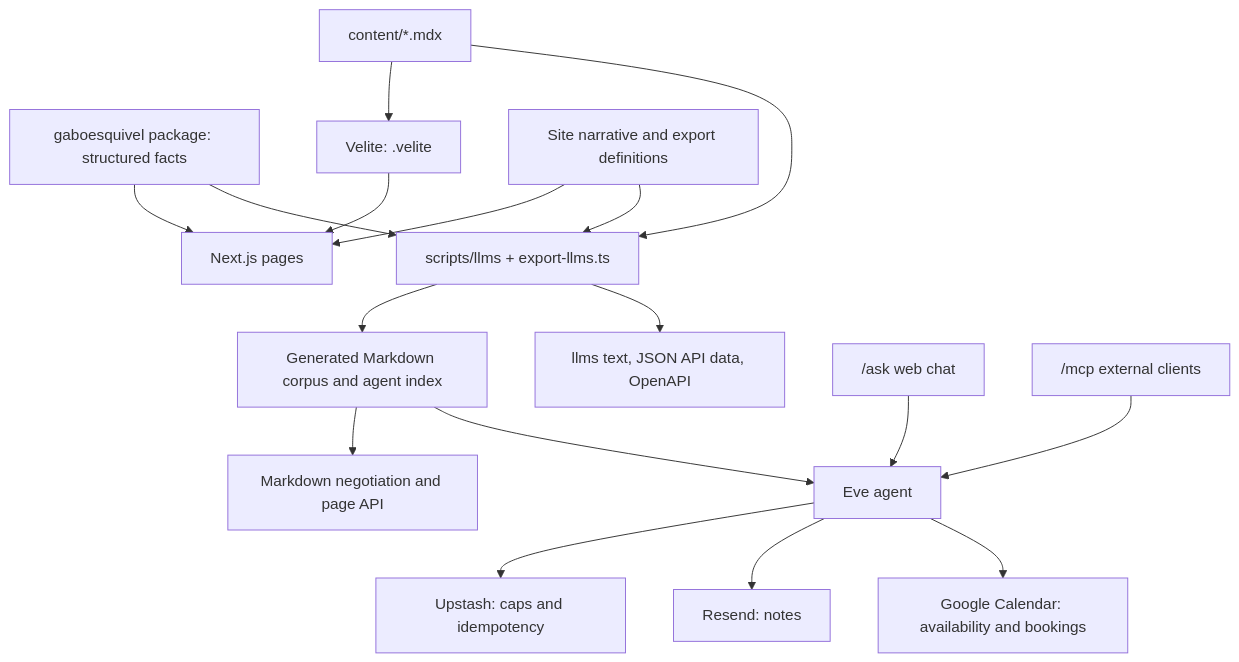
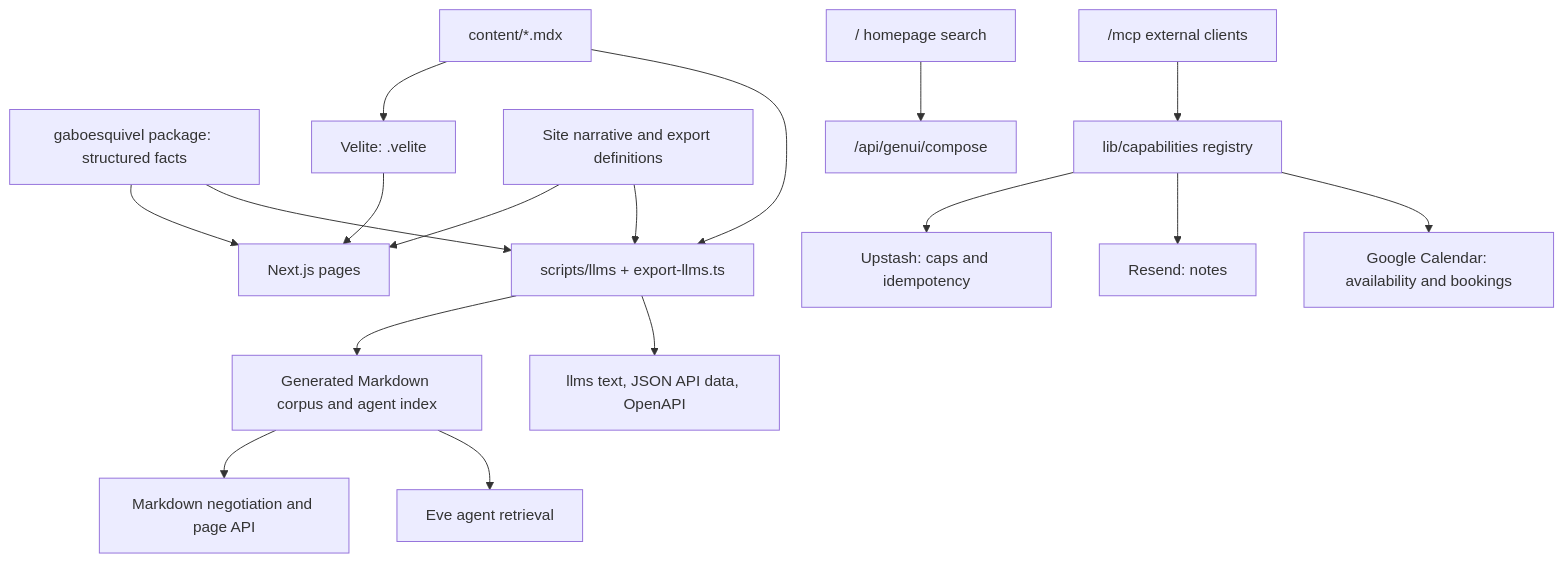
One commit to gaboesquivel/gaboesquivel.com changed the diagram in ARCHITECTURE.md. Above: the diagram before and after it, drawn with Mermaid. The commit also changed other lines of this file and 23 other files, not shown here.

First line of the commit message:
chore(flow): align site as Flow adopter with flow-next agent contract

````diff
--- a/ARCHITECTURE.md
+++ b/ARCHITECTURE.md
@@ -9,19 +9,19 @@
 ```mermaid
 flowchart TD
   Package["gaboesquivel package: structured facts"] --> Pages["Next.js pages"]
   Posts["content/*.mdx"] --> Velite["Velite: .velite"]
   Velite --> Pages
   Package --> Export["scripts/llms + export-llms.ts"]
   Posts --> Export
   Narrative["Site narrative and export definitions"] --> Pages
   Narrative --> Export
   Export --> Corpus["Generated Markdown corpus and agent index"]
   Export --> Public["llms text, JSON API data, OpenAPI"]
   Corpus --> ReadAPI["Markdown negotiation and page API"]
-  Corpus --> Agent["Eve agent"]
-  Chat["/ask web chat"] --> Agent
-  MCP["/mcp external clients"] --> Agent
-  Agent --> Redis["Upstash: caps and idempotency"]
-  Agent --> Mail["Resend: notes"]
-  Agent --> Calendar["Google Calendar: availability and bookings"]
+  Corpus --> Agent["Eve agent retrieval"]
+  HomeGenUI["/ homepage search"] --> Compose["/api/genui/compose"]
+  MCP["/mcp external clients"] --> Registry["lib/capabilities registry"]
+  Registry --> Redis["Upstash: caps and idempotency"]
+  Registry --> Mail["Resend: notes"]
+  Registry --> Calendar["Google Calendar: availability and bookings"]
 ```
````
